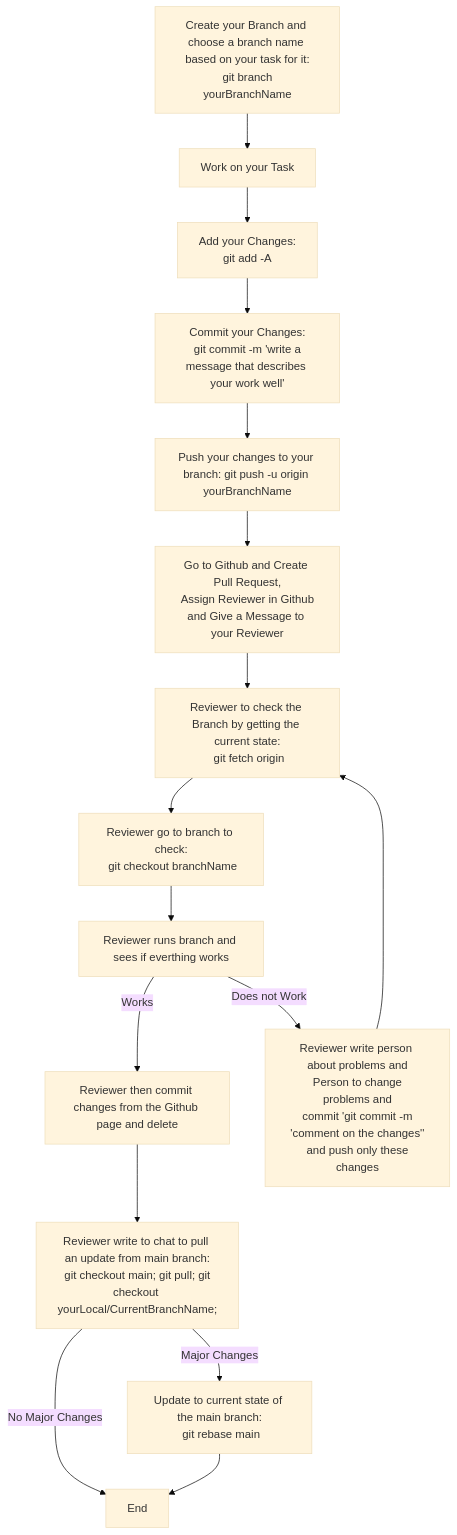
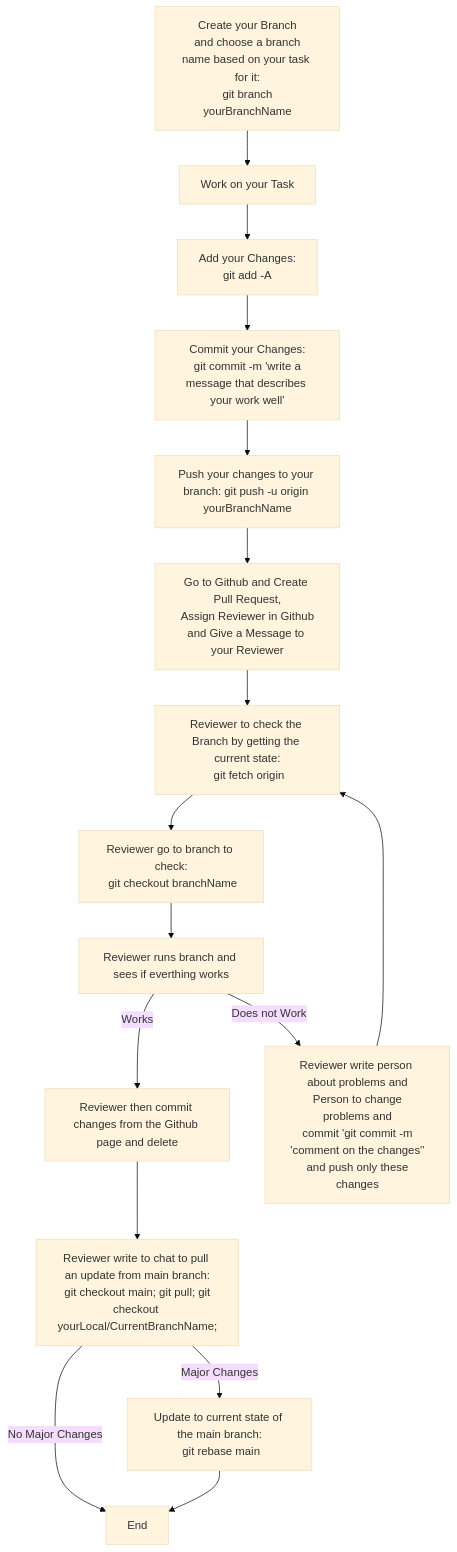
The diagram in WORKFLOW.md (Piviwo/rail-travel-time), drawn with Mermaid (base theme) before and after one commit.

````diff
--- a/WORKFLOW.md
+++ b/WORKFLOW.md
@@ -2,21 +2,21 @@
 ```mermaid
 flowchart TB;
-    A[Create your Branch and choose a branch name based on your task for it:\n git branch yourBranchName] --> B[Work on your Task];
+    A[Create your Branch\n and choose a branch name based on your task for it:\n git branch yourBranchName] --> B[Work on your Task];
      B --> C[Add your Changes:\n git add -A];
     C --> D[Commit your Changes:\n git commit -m 'write a message that describes your work well'];
     D --> E[Push your changes to your branch: git push -u origin yourBranchName];
     E --> F[Go to Github and Create Pull Request,\n Assign Reviewer in Github and Give a Message to your Reviewer];
     F --> G[Reviewer to check the Branch by getting the current state:\n git fetch origin];
     G --> H[Reviewer go to branch to check:\n git checkout branchName];
     H --> I[Reviewer runs branch and sees if everthing works];
     I -->|Works| J[Reviewer then commit changes from the Github page and delete];
     I -->|Does not Work| M[Reviewer write person about problems and\n Person to change problems and\n commit 'git commit -m 'comment on the changes''\n and push only these changes];
     J --> K[Reviewer write to chat to pull an update from main branch:\n git checkout main; git pull; git checkout yourLocal/CurrentBranchName;];
     K -- Major Changes --> L[Update to current state of the main branch:\n git rebase main];
     K -- No Major Changes --> N[End];
     L --> N;
     M --> G;
     
    
 
 ```
````
